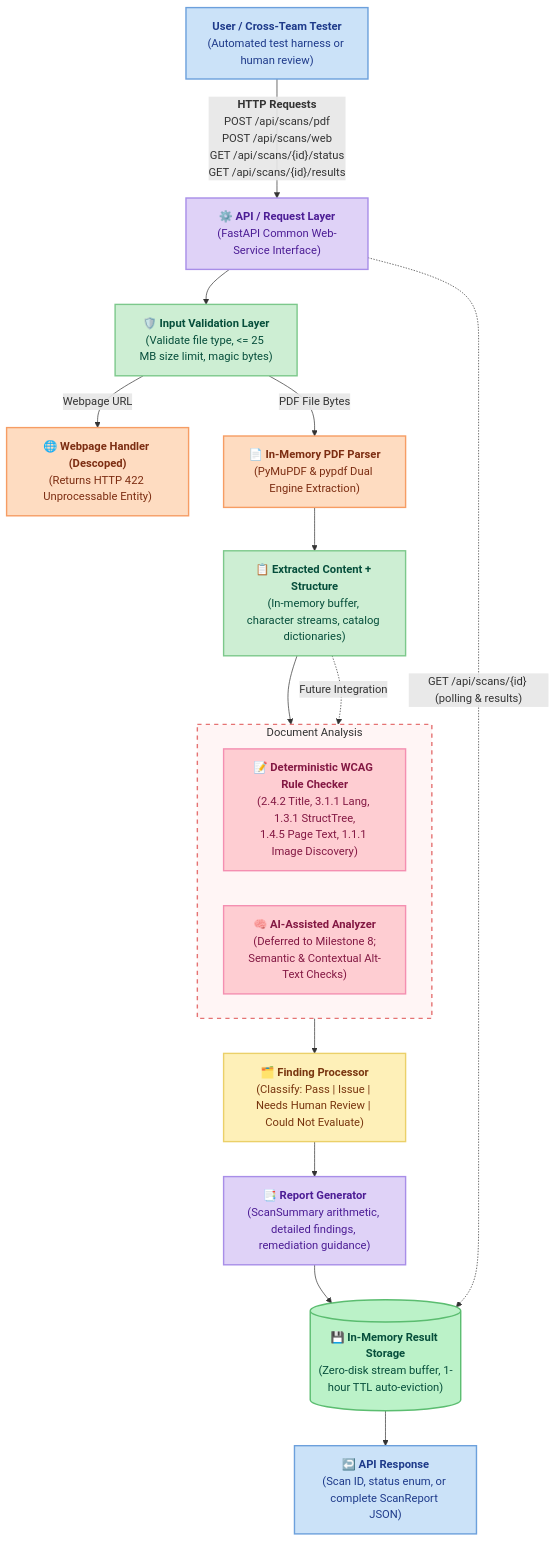
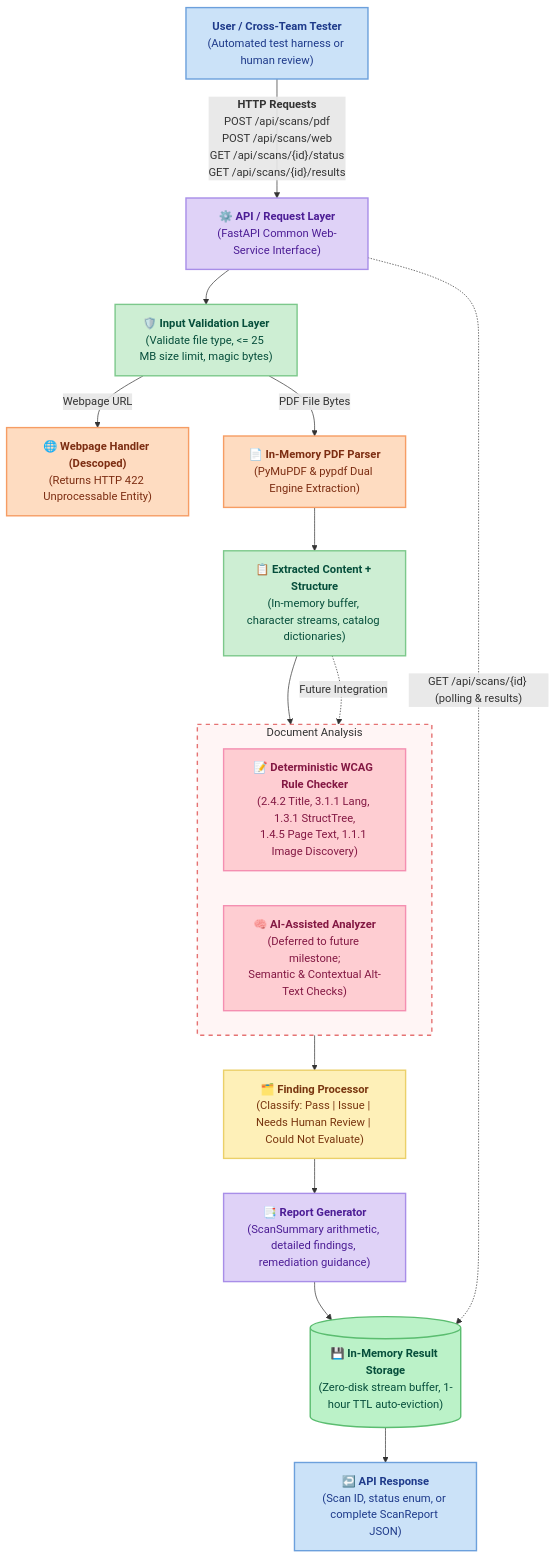
One commit to ibrahimdiallo8741/ada-pdf-accessibility-checker changed the first of 4 diagrams in docs/diagrams/README.md. Above: the diagram before and after it, drawn with Mermaid. The commit also changed other lines of this file and 1 other file, not shown here.

Commit message:
add diagram updater

````diff
--- a/docs/diagrams/README.md
+++ b/docs/diagrams/README.md
@@ -11,59 +14,59 @@
 ```mermaid
 flowchart TD
     %% User / Actor
     User["<b>User / Cross-Team Tester</b><br/>(Automated test harness or human review)"]
     
     User -->|"<b>HTTP Requests</b><br/>POST /api/scans/pdf<br/>POST /api/scans/web<br/>GET /api/scans/{id}/status<br/>GET /api/scans/{id}/results"| APILayer
 
     %% API Layer
     APILayer["⚙️ <b>API / Request Layer</b><br/>(FastAPI Common Web-Service Interface)"]
     
     APILayer --> InValidation["🛡️ <b>Input Validation Layer</b><br/>(Validate file type, <= 25 MB size limit, magic bytes)"]
 
     %% Branching
     InValidation -->|"Webpage URL"| WebDescoped["🌐 <b>Webpage Handler (Descoped)</b><br/>(Returns HTTP 422 Unprocessable Entity)"]
     InValidation -->|"PDF File Bytes"| PDFParser["📄 <b>In-Memory PDF Parser</b><br/>(PyMuPDF & pypdf Dual Engine Extraction)"]
 
     PDFParser --> ExtractedContent["📋 <b>Extracted Content + Structure</b><br/>(In-memory buffer, character streams, catalog dictionaries)"]
 
     %% Document Analysis Subsystem
     subgraph DocAnalysis ["Document Analysis"]
         direction LR
         RuleChecker["📝 <b>Deterministic WCAG Rule Checker</b><br/>(2.4.2 Title, 3.1.1 Lang, 1.3.1 StructTree,<br/>1.4.5 Page Text, 1.1.1 Image Discovery)"]
-        AIAnalyzer["🧠 <b>AI-Assisted Analyzer</b><br/>(Deferred to Milestone 8;<br/>Semantic & Contextual Alt-Text Checks)"]
+        AIAnalyzer["🧠 <b>AI-Assisted Analyzer</b><br/>(Deferred to future milestone;<br/>Semantic & Contextual Alt-Text Checks)"]
     end
 
     ExtractedContent --> RuleChecker
     ExtractedContent -.->|"Future Integration"| AIAnalyzer
 
     RuleChecker --> FindingProc["🗂️ <b>Finding Processor</b><br/>(Classify: Pass | Issue | Needs Human Review | Could Not Evaluate)"]
 
     FindingProc --> ReportGen["📑 <b>Report Generator</b><br/>(ScanSummary arithmetic, detailed findings, remediation guidance)"]
 
     ReportGen --> ResStorage[("💾 <b>In-Memory Result Storage</b><br/>(Zero-disk stream buffer, 1-hour TTL auto-eviction)")]
 
     APILayer -.->|"GET /api/scans/{id} (polling & results)"| ResStorage
 
     ResStorage --> APIResp["↩️ <b>API Response</b><br/>(Scan ID, status enum, or complete ScanReport JSON)"]
 
     %% Styling classes matching original pastel palette
     classDef actorStyle fill:#cbe2f8,stroke:#6ca0dc,stroke-width:2px,color:#1e3a8a;
     classDef apiStyle fill:#dfd2f7,stroke:#a88ee8,stroke-width:2px,color:#4c1d95;
     classDef validationStyle fill:#cdeed3,stroke:#7cc88b,stroke-width:2px,color:#064e3b;
     classDef inputStyle fill:#fedcc1,stroke:#f69d64,stroke-width:2px,color:#7c2d12;
     classDef analysisStyle fill:#fecdd2,stroke:#f48fb1,stroke-width:2px,color:#831843;
     classDef findingStyle fill:#fef0b8,stroke:#ebd069,stroke-width:2px,color:#78350f;
     classDef storageStyle fill:#bbf2c8,stroke:#5bbd70,stroke-width:2px,color:#064e3b;
     classDef respStyle fill:#cbe2f8,stroke:#6ca0dc,stroke-width:2px,color:#1e3a8a;
 
     class User actorStyle;
     class APILayer,ReportGen apiStyle;
     class InValidation,ExtractedContent validationStyle;
     class WebDescoped,PDFParser inputStyle;
     class RuleChecker,AIAnalyzer analysisStyle;
     class FindingProc findingStyle;
     class ResStorage storageStyle;
     class APIResp respStyle;
 
     style DocAnalysis fill:#fff5f5,stroke:#e57373,stroke-width:2px,stroke-dasharray: 6 6;
 ```
````
